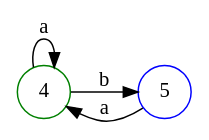
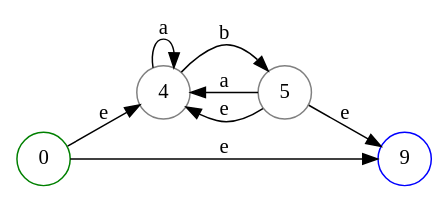
One commit to mouadd9/automaton_project changed the diagram in Automate.dot. Above: the diagram before and after it, drawn with Graphviz. The commit also changed 7 other files, not shown here.

```diff
--- a/Automate.dot
+++ b/Automate.dot
@@ -1,11 +1,13 @@
 digraph automate {
 	rankdir=LR;
 	node [shape = circle, color = gray];
 	4 -> 5 [label=b];
 	5 -> 4 [label=a];
 	4 -> 4 [label=a];
-	4 [color=black];
-	5 [color=black];
-	4 [color=green];
-	5 [color=blue];
+	0 -> 4 [label=e];
+	5 -> 9 [label=e];
+	5 -> 4 [label=e];
+	0 -> 9 [label=e];
+	0 [color=green];
+	9 [color=blue];
 }
```
